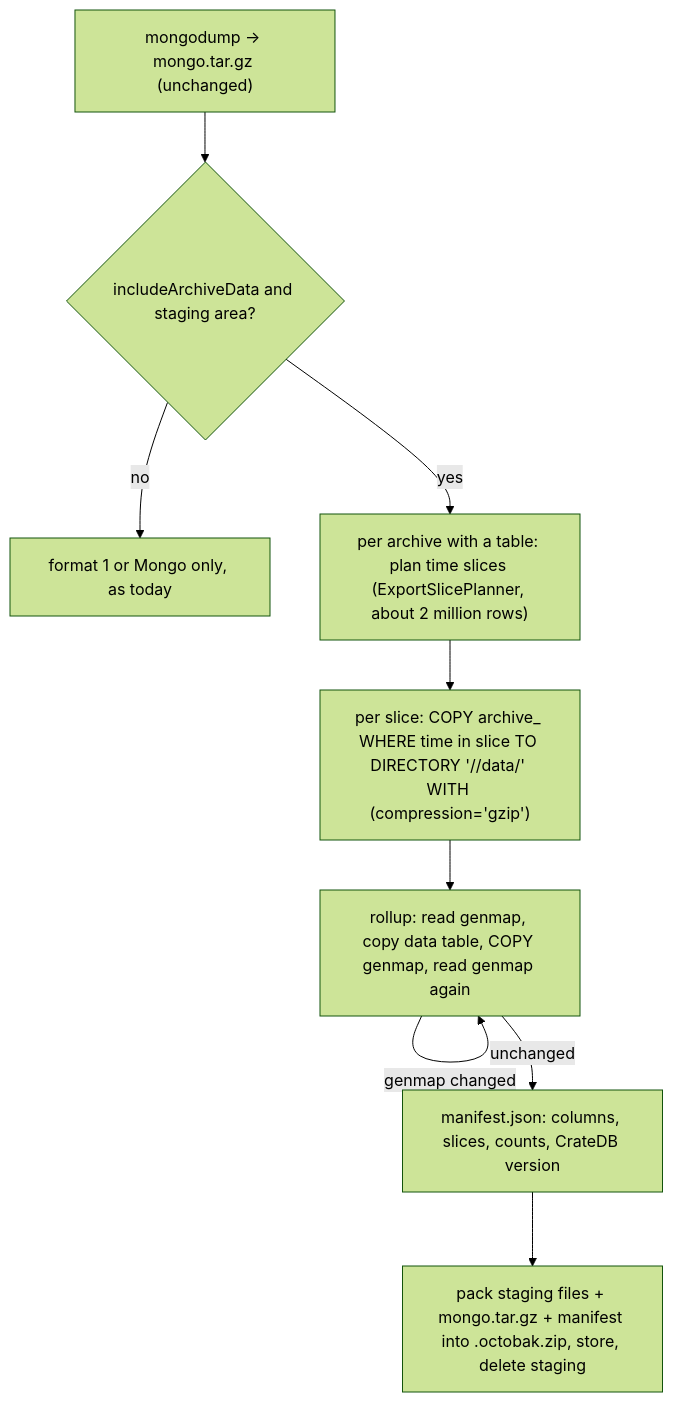
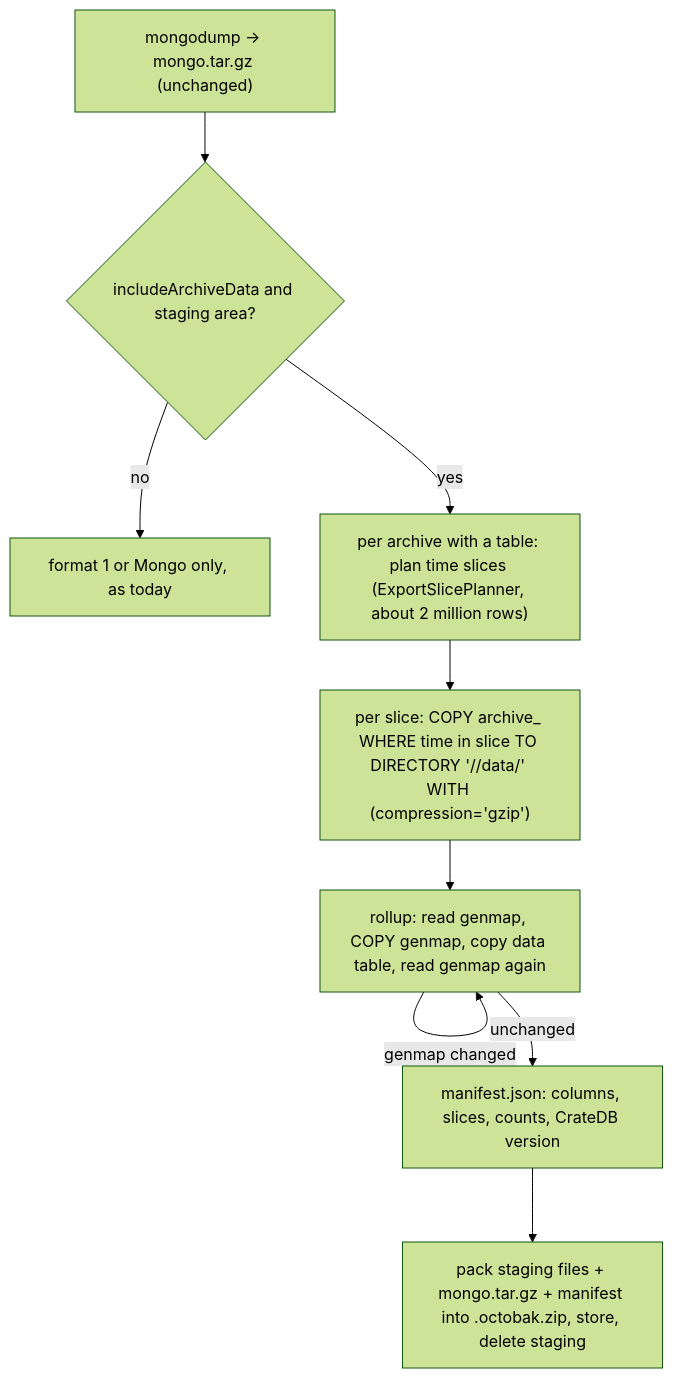
The diagram in docs/concept-tenant-backup-native-archive-dump.md (meshmakers/octo-construction-kit-engine), drawn with Mermaid (forest theme) before and after one commit. The commit also changed other lines of this file and 3 other files, not shown here.

````diff
--- a/docs/concept-tenant-backup-native-archive-dump.md
+++ b/docs/concept-tenant-backup-native-archive-dump.md
@@ -187,11 +187,11 @@
 ```mermaid
 flowchart TD
   A["mongodump → mongo.tar.gz (unchanged)"] --> B{includeArchiveData and staging area?}
   B -- no --> C["format 1 or Mongo only, as today"]
   B -- yes --> D["per archive with a table: plan time slices (ExportSlicePlanner, about 2 million rows)"]
   D --> E["per slice: COPY archive_<rtId> WHERE time in slice TO DIRECTORY '<staging>/<rtId>/data/<slice>' WITH (compression='gzip')"]
-  E --> F["rollup: read genmap, copy data table, COPY genmap, read genmap again"]
+  E --> F["rollup: read genmap, COPY genmap, copy data table, read genmap again"]
   F -- "genmap changed" --> F
   F -- "unchanged" --> G["manifest.json: columns, slices, counts, CrateDB version"]
   G --> H["pack staging files + mongo.tar.gz + manifest into .octobak.zip, store, delete staging"]
 ```
````
